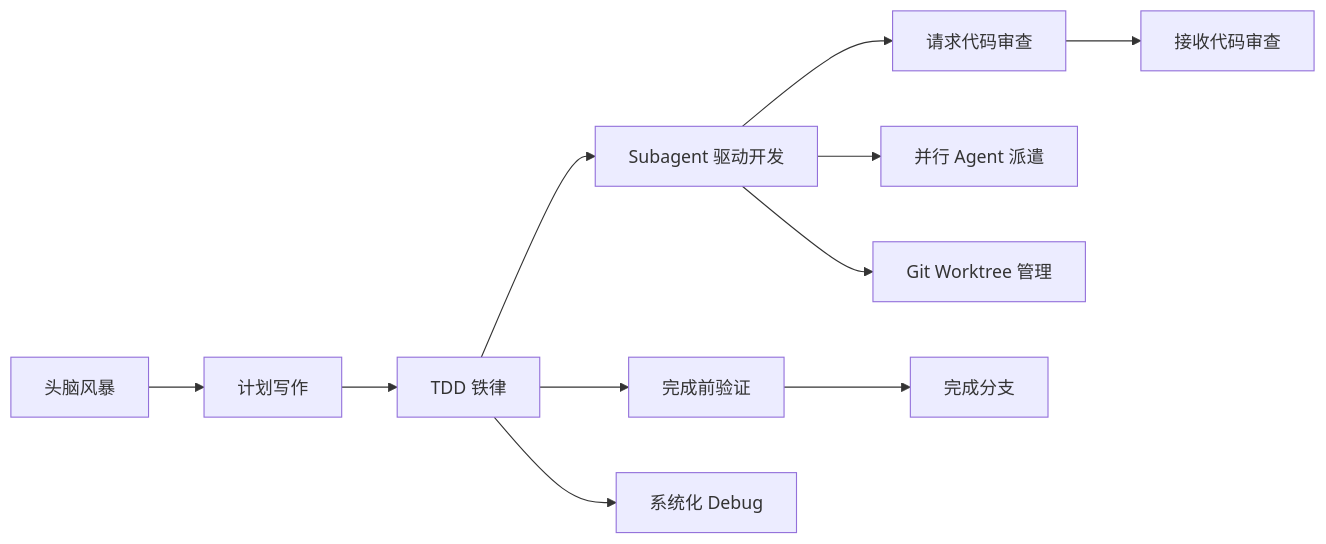
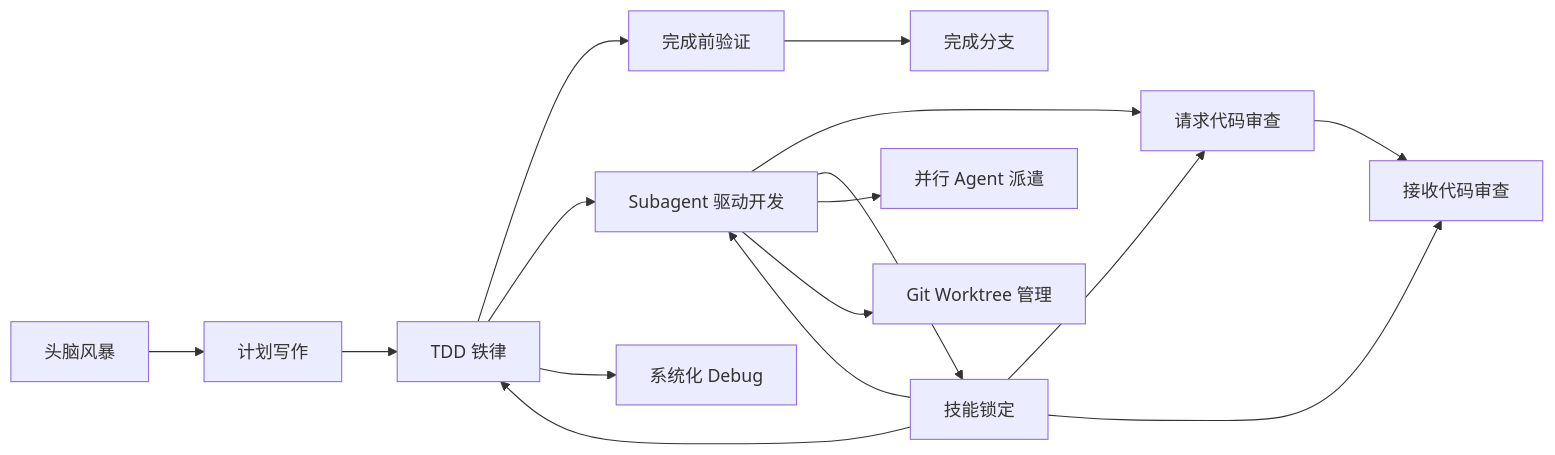
Before and after one commit to AngelWings1997/altas: diagram 11 of 11 in .qoder/repowiki/zh/content/超级能力模块/超级能力模块.md, drawn with Mermaid. The commit also changed other lines of this file and 2 other files, not shown here.

````diff
--- a/.qoder/repowiki/zh/content/超级能力模块/超级能力模块.md
+++ b/.qoder/repowiki/zh/content/超级能力模块/超级能力模块.md
@@ -358,13 +408,18 @@
 ```mermaid
 graph LR
 Brain["头脑风暴"] --> Plan["计划写作"]
 Plan --> TDD["TDD 铁律"]
 TDD --> Verif["完成前验证"]
 TDD --> Sub["Subagent 驱动开发"]
 Sub --> ReqRev["请求代码审查"]
 ReqRev --> RecRev["接收代码审查"]
 TDD --> Debug["系统化 Debug"]
+Sub --> Lock["技能锁定"]
+Lock --> TDD
+Lock --> Sub
+Lock --> ReqRev
+Lock --> RecRev
 Sub --> Aux1["并行 Agent 派遣"]
 Sub --> Aux2["Git Worktree 管理"]
 Verif --> Merge["完成分支"]
 ```
````
